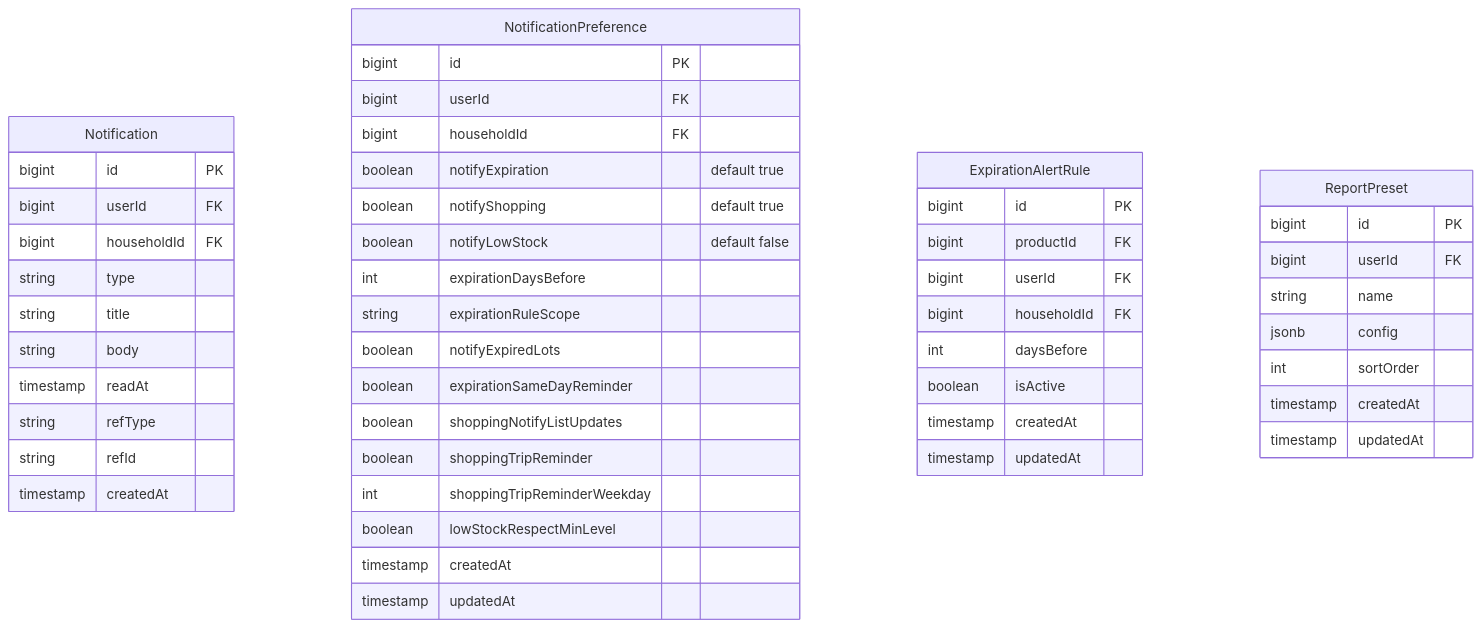
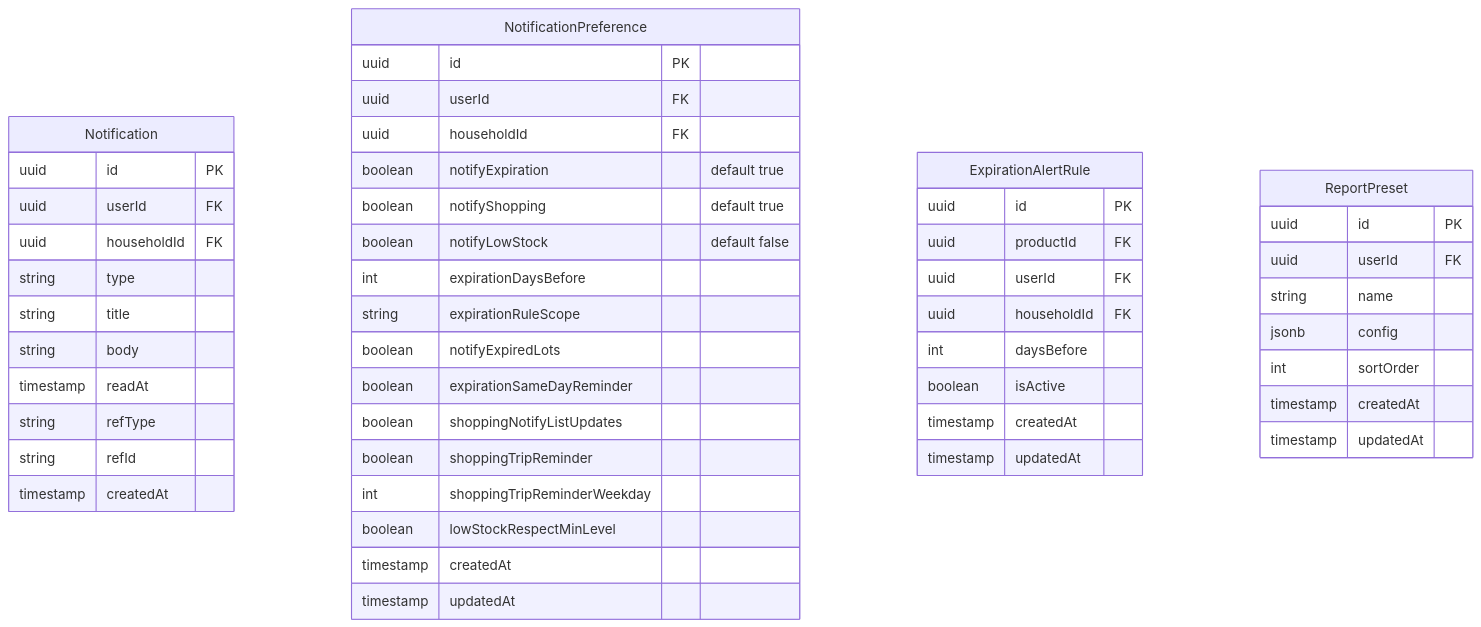
One commit to wukdddang/home-inventory-manager changed the seventh of 7 diagrams in docs/design/v2/entity-logical-design.md. Above: the diagram before and after it, drawn with Mermaid. The commit also changed other lines of this file and 2 other files, not shown here.

First line of the commit message:
docs: 논리적 설계 PK/FK bigint→uuid 일괄 수정 및 인프라 문서 갱신

````diff
--- a/docs/design/v2/entity-logical-design.md
+++ b/docs/design/v2/entity-logical-design.md
@@ -369,52 +369,52 @@
 ```mermaid
 erDiagram
     Notification {
-        bigint id PK
-        bigint userId FK
-        bigint householdId FK
+        uuid id PK
+        uuid userId FK
+        uuid householdId FK
         string type
         string title
         string body
         timestamp readAt
         string refType
         string refId
         timestamp createdAt
     }
     NotificationPreference {
-        bigint id PK
-        bigint userId FK
-        bigint householdId FK
+        uuid id PK
+        uuid userId FK
+        uuid householdId FK
         boolean notifyExpiration "default true"
         boolean notifyShopping "default true"
         boolean notifyLowStock "default false"
         int expirationDaysBefore
         string expirationRuleScope
         boolean notifyExpiredLots
         boolean expirationSameDayReminder
         boolean shoppingNotifyListUpdates
         boolean shoppingTripReminder
         int shoppingTripReminderWeekday
         boolean lowStockRespectMinLevel
         timestamp createdAt
         timestamp updatedAt
     }
     ExpirationAlertRule {
-        bigint id PK
-        bigint productId FK
-        bigint userId FK
-        bigint householdId FK
+        uuid id PK
+        uuid productId FK
+        uuid userId FK
+        uuid householdId FK
         int daysBefore
         boolean isActive
         timestamp createdAt
         timestamp updatedAt
     }
     ReportPreset {
-        bigint id PK
-        bigint userId FK
+        uuid id PK
+        uuid userId FK
         string name
         jsonb config
         int sortOrder
         timestamp createdAt
         timestamp updatedAt
     }
 ```
````
